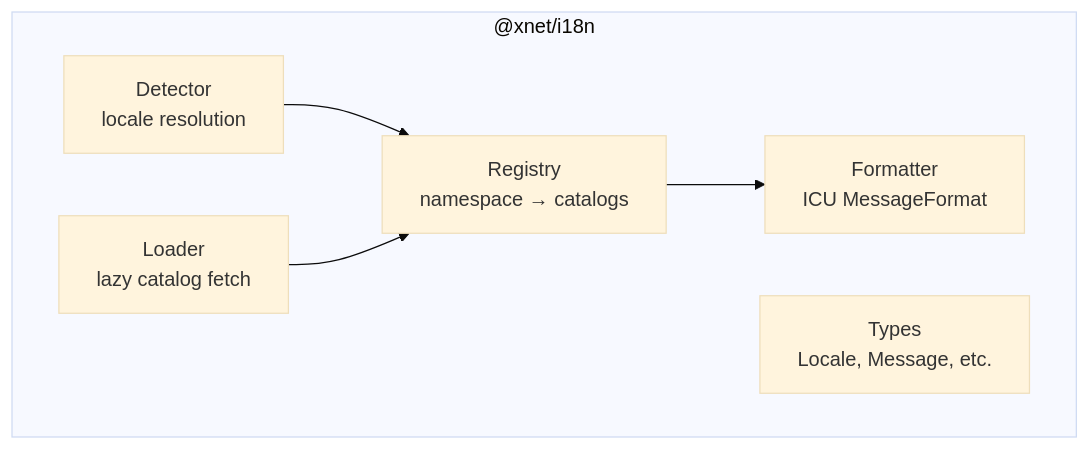
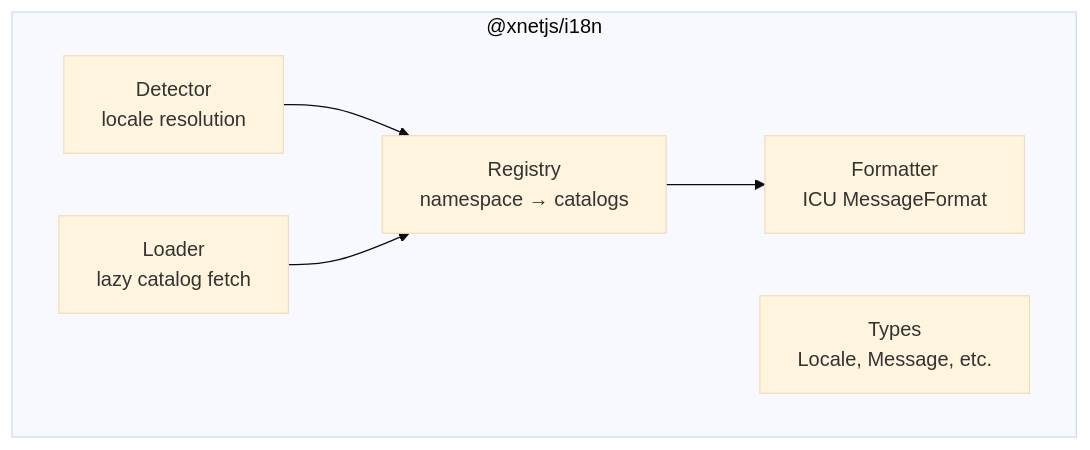
One commit to crs48/xNet changed the first of 2 diagrams in docs/plans/plan04_1_i18n/01-i18n-package.md. Above: the diagram before and after it, drawn with Mermaid (base theme). The commit also changed other lines of this file and 980 other files, not shown here.

````diff
--- a/docs/plans/plan04_1_i18n/01-i18n-package.md
+++ b/docs/plans/plan04_1_i18n/01-i18n-package.md
@@ -12,14 +12,14 @@
 ```mermaid
 flowchart TD
-    subgraph "@xnet/i18n"
+    subgraph "@xnetjs/i18n"
         REG[Registry<br/>namespace → catalogs]
         FMT[Formatter<br/>ICU MessageFormat]
         DET[Detector<br/>locale resolution]
         LOAD[Loader<br/>lazy catalog fetch]
         TYPES[Types<br/>Locale, Message, etc.]
     end
 
     REG --> FMT
     DET --> REG
     LOAD --> REG
 ```
````
